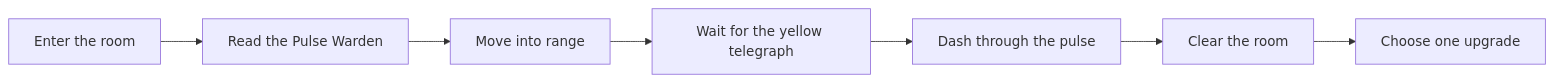
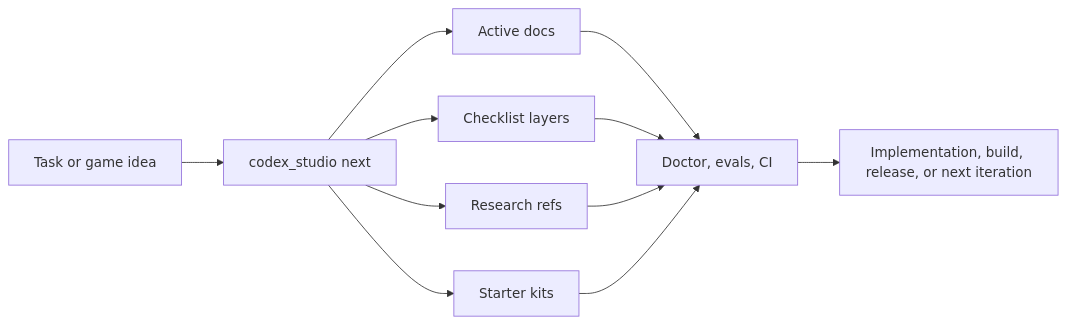
Before and after one commit to YenidoganKursat/Kaynexis-Agentic-Game-Studio: the diagram in README.md, drawn with Mermaid. The commit also changed other lines of this file and 242 other files, not shown here.

Commit message:
feat(studio): upgrade public repo to multi-engine studio os

````diff
--- a/README.md
+++ b/README.md
@@ -39,9 +81,13 @@
 ```mermaid
 flowchart LR
-    A["Enter the room"] --> B["Read the Pulse Warden"]
-    B --> C["Move into range"]
-    C --> D["Wait for the yellow telegraph"]
-    D --> E["Dash through the pulse"]
-    E --> F["Clear the room"]
-    F --> G["Choose one upgrade"]
+  idea["Task or game idea"] --> route["codex_studio next"]
+  route --> docs["Active docs"]
+  route --> checklists["Checklist layers"]
+  route --> research["Research refs"]
+  route --> kits["Starter kits"]
+  docs --> validate["Doctor, evals, CI"]
+  checklists --> validate
+  research --> validate
+  kits --> validate
+  validate --> output["Implementation, build, release, or next iteration"]
 ```
````
